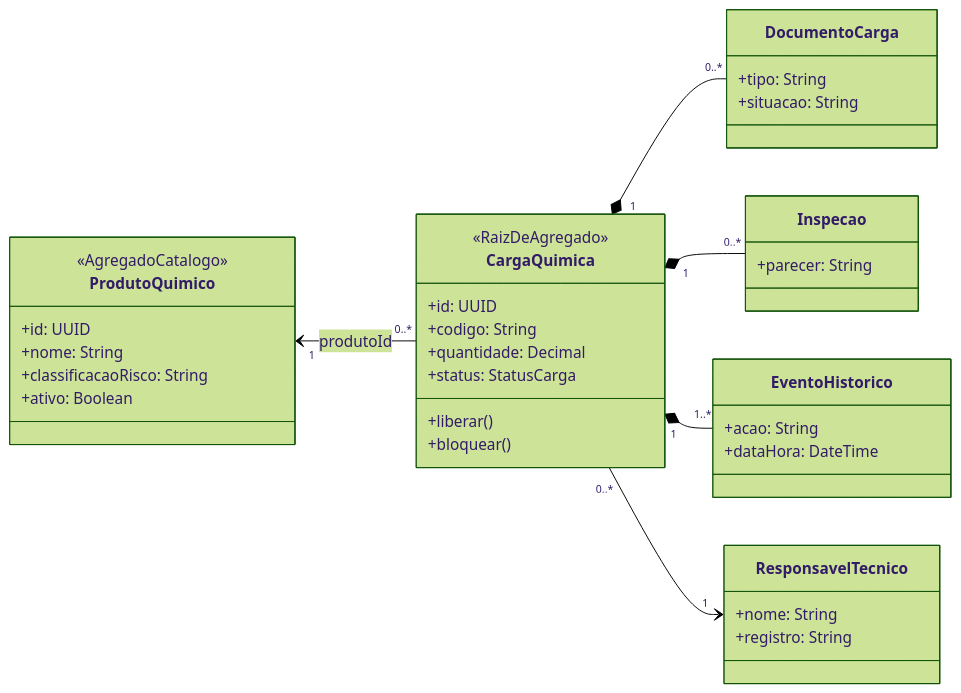
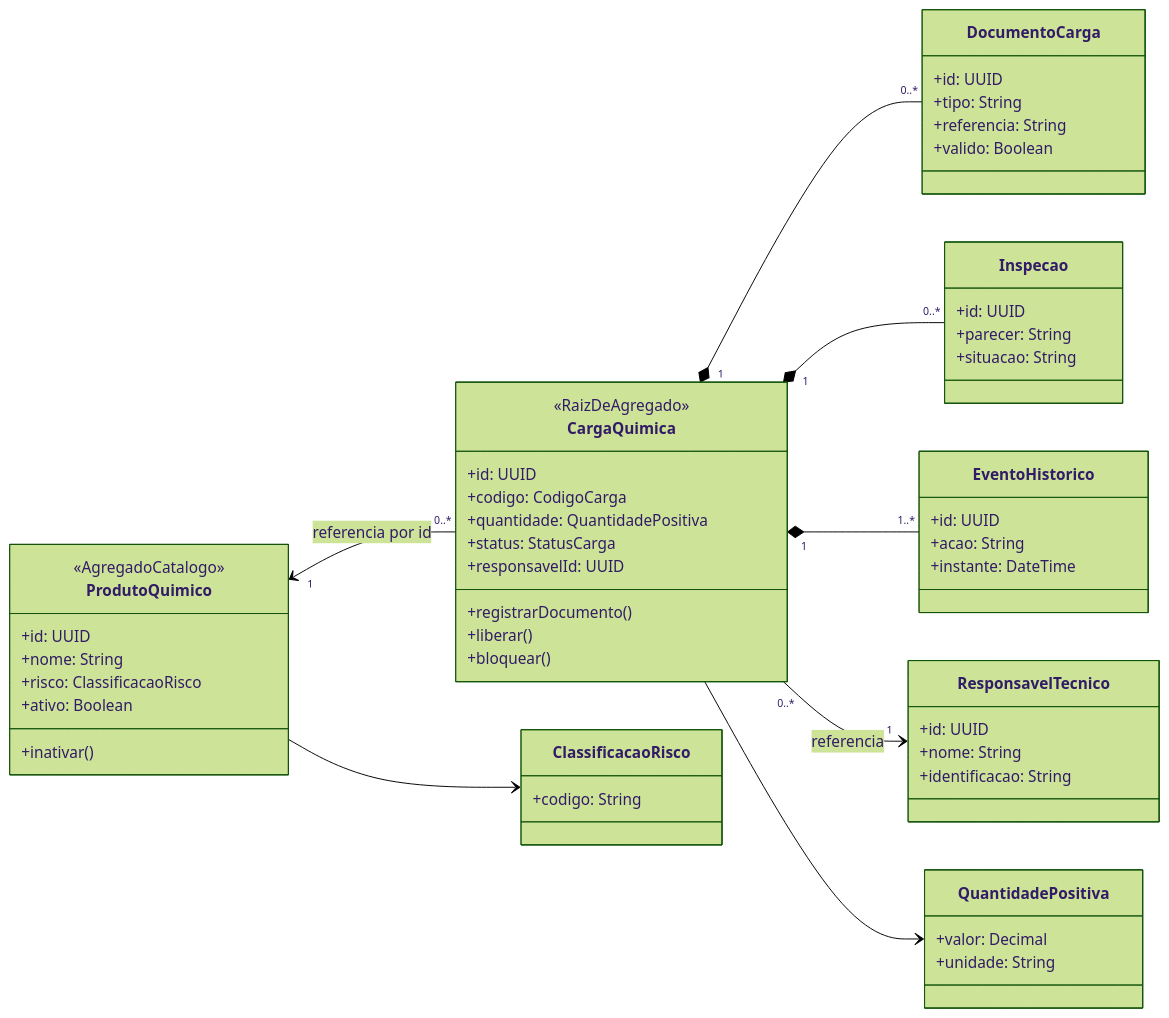
The first of 3 diagrams in docs/06-diagramas.md (lionzionion/quimiport-fiap-fase01-proposta-tecnica), drawn with Mermaid (forest theme) before and after one commit. The commit also changed other lines of this file and 13 other files, not shown here.

````diff
--- a/docs/06-diagramas.md
+++ b/docs/06-diagramas.md
@@ -7,40 +7,58 @@
 ```mermaid
 classDiagram
   direction LR
   class ProdutoQuimico {
     <<AgregadoCatalogo>>
     +id: UUID
     +nome: String
-    +classificacaoRisco: String
+    +risco: ClassificacaoRisco
     +ativo: Boolean
+    +inativar()
   }
   class CargaQuimica {
     <<RaizDeAgregado>>
     +id: UUID
-    +codigo: String
-    +quantidade: Decimal
+    +codigo: CodigoCarga
+    +quantidade: QuantidadePositiva
     +status: StatusCarga
+    +responsavelId: UUID
+    +registrarDocumento()
     +liberar()
     +bloquear()
   }
   class DocumentoCarga {
+    +id: UUID
     +tipo: String
+    +referencia: String
+    +valido: Boolean
+  }
+  class Inspecao {
+    +id: UUID
+    +parecer: String
     +situacao: String
   }
-  class Inspecao {
-    +parecer: String
-  }
   class EventoHistorico {
+    +id: UUID
     +acao: String
-    +dataHora: DateTime
+    +instante: DateTime
   }
   class ResponsavelTecnico {
+    +id: UUID
     +nome: String
-    +registro: String
+    +identificacao: String
   }
-  ProdutoQuimico "1" <-- "0..*" CargaQuimica : produtoId
+  class ClassificacaoRisco {
+    +codigo: String
+  }
+  class QuantidadePositiva {
+    +valor: Decimal
+    +unidade: String
+  }
+  ProdutoQuimico "1" <-- "0..*" CargaQuimica : referencia por id
   CargaQuimica "1" *-- "0..*" DocumentoCarga
   CargaQuimica "1" *-- "0..*" Inspecao
   CargaQuimica "1" *-- "1..*" EventoHistorico
-  CargaQuimica "0..*" --> "1" ResponsavelTecnico
+  CargaQuimica "0..*" --> "1" ResponsavelTecnico : referencia
+  ProdutoQuimico --> ClassificacaoRisco
+  CargaQuimica --> QuantidadePositiva
 ```
````
